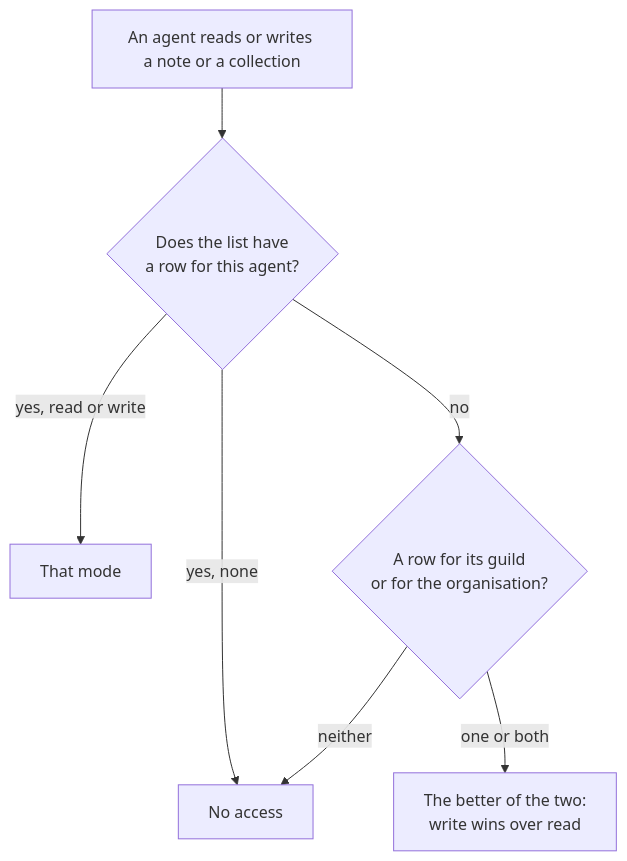
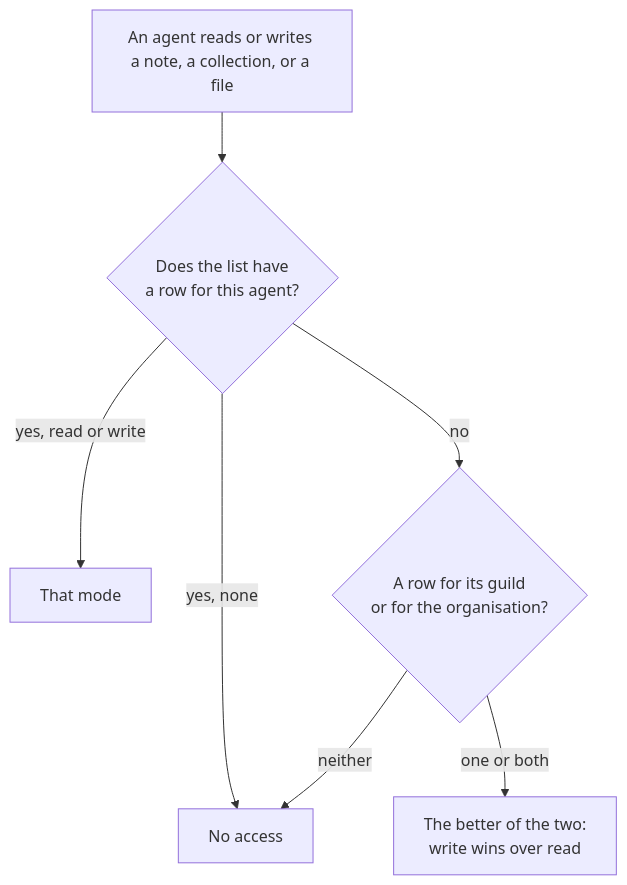
One commit to CigaleAI/guilds changed the second of 2 diagrams in docs/concepts/access.md. Above: the diagram before and after it, drawn with Mermaid. The commit also changed other lines of this file and 19 other files, not shown here.

````diff
--- a/docs/concepts/access.md
+++ b/docs/concepts/access.md
@@ -166,9 +166,9 @@
 ```mermaid
 flowchart TD
-  Q["An agent reads or writes a note or a collection"] --> A{"Does the list have<br/>a row for this agent?"}
+  Q["An agent reads or writes a note, a collection, or a file"] --> A{"Does the list have<br/>a row for this agent?"}
   A -->|"yes, none"| N["No access"]
   A -->|"yes, read or write"| M["That mode"]
   A -->|"no"| B{"A row for its guild<br/>or for the organisation?"}
   B -->|"one or both"| W["The better of the two:<br/>write wins over read"]
   B -->|"neither"| N
 ```
````
